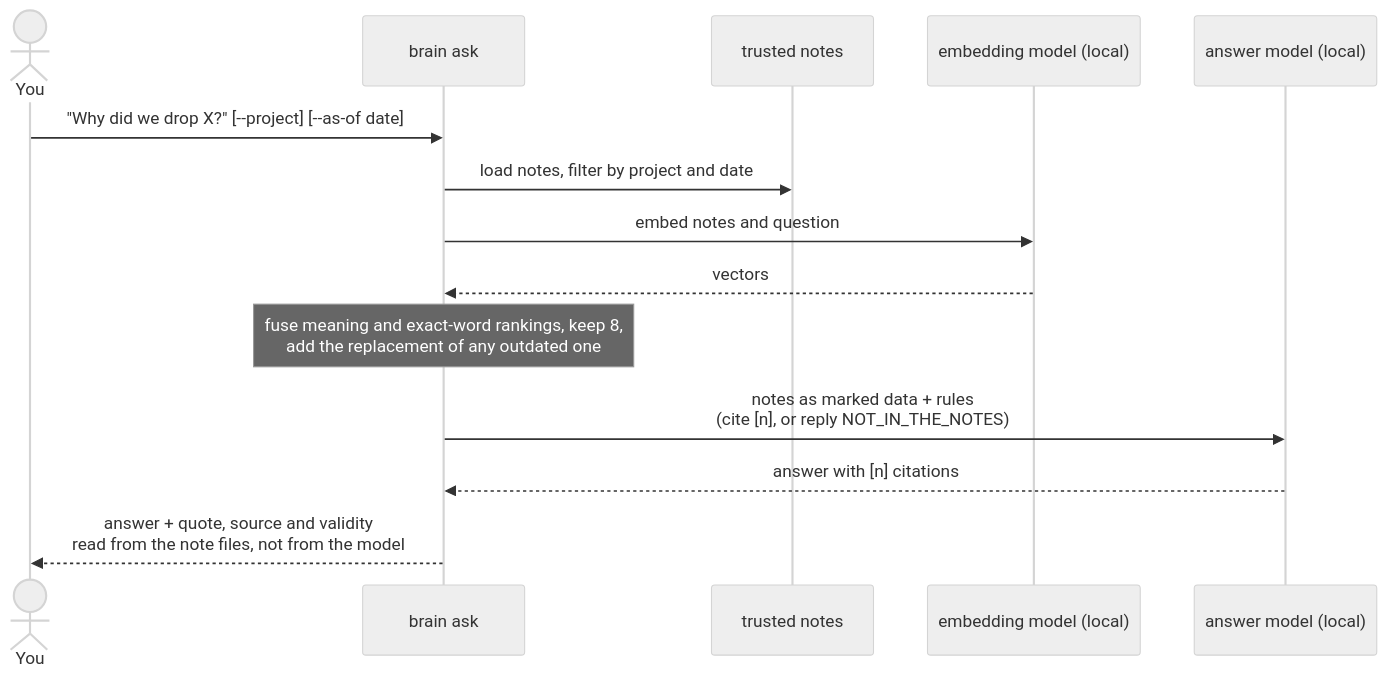
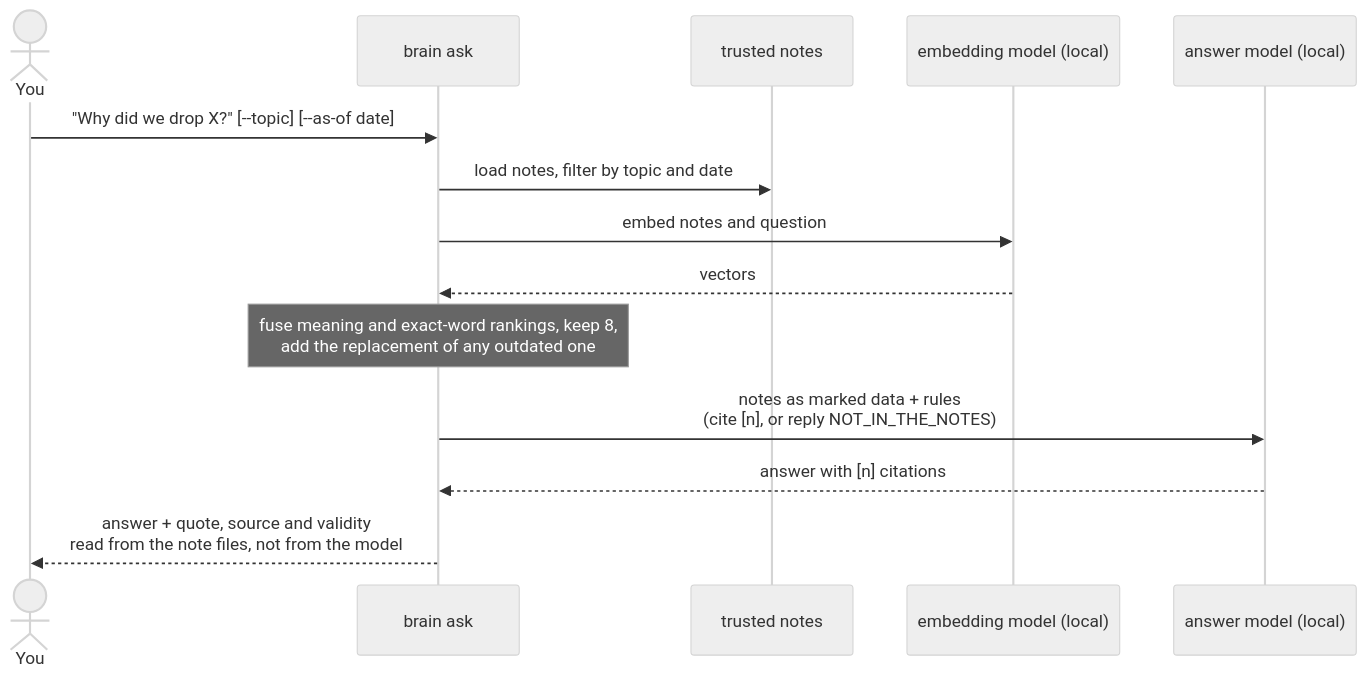
Before and after one commit to hhovhann/second-brain: the second of 2 diagrams in docs/ARCHITECTURE.md, drawn with Mermaid (neutral theme). The commit also changed other lines of this file and 72 other files, not shown here.

````diff
--- a/docs/ARCHITECTURE.md
+++ b/docs/ARCHITECTURE.md
@@ -19,16 +43,16 @@
 ```mermaid
 sequenceDiagram
     actor You
     participant B as brain ask
     participant N as trusted notes
     participant E as embedding model (local)
     participant L as answer model (local)
-    You->>B: "Why did we drop X?"  [--project] [--as-of date]
-    B->>N: load notes, filter by project and date
+    You->>B: "Why did we drop X?"  [--topic] [--as-of date]
+    B->>N: load notes, filter by topic and date
     B->>E: embed notes and question
     E-->>B: vectors
     Note over B: fuse meaning and exact-word rankings, keep 8,<br/>add the replacement of any outdated one
     B->>L: notes as marked data + rules<br/>(cite [n], or reply NOT_IN_THE_NOTES)
     L-->>B: answer with [n] citations
     B-->>You: answer + quote, source and validity<br/>read from the note files, not from the model
 ```
````
